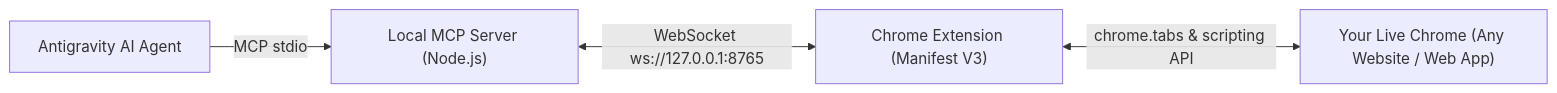
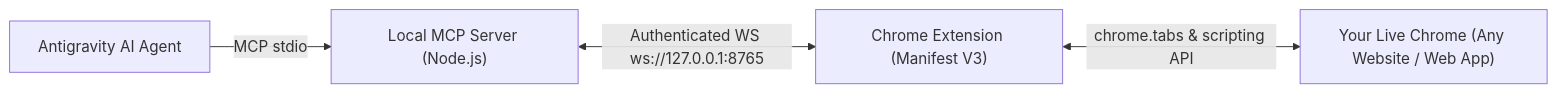
The diagram in README.md (hashan-lakshitha/antigravity-browser-operator), drawn with Mermaid before and after one commit. The commit also changed other lines of this file and 15 other files, not shown here.

````diff
--- a/README.md
+++ b/README.md
@@ -11,6 +11,6 @@
 ```mermaid
 graph LR
   A["Antigravity AI Agent"] -->|MCP stdio| B["Local MCP Server (Node.js)"]
-  B <-->|WebSocket ws://127.0.0.1:8765| C["Chrome Extension (Manifest V3)"]
+  B <-->|Authenticated WS ws://127.0.0.1:8765| C["Chrome Extension (Manifest V3)"]
   C <-->|chrome.tabs & scripting API| D["Your Live Chrome (Any Website / Web App)"]
 ```
````
